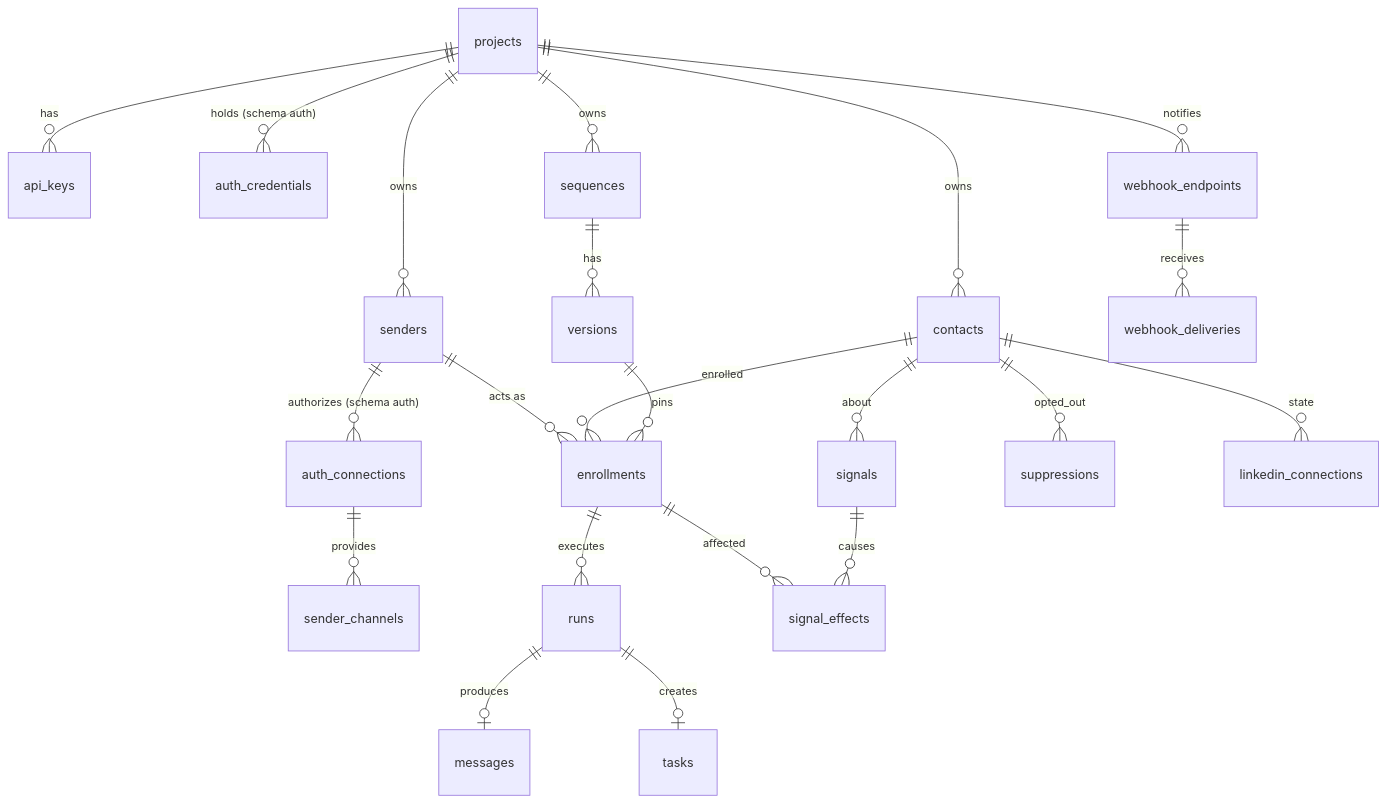
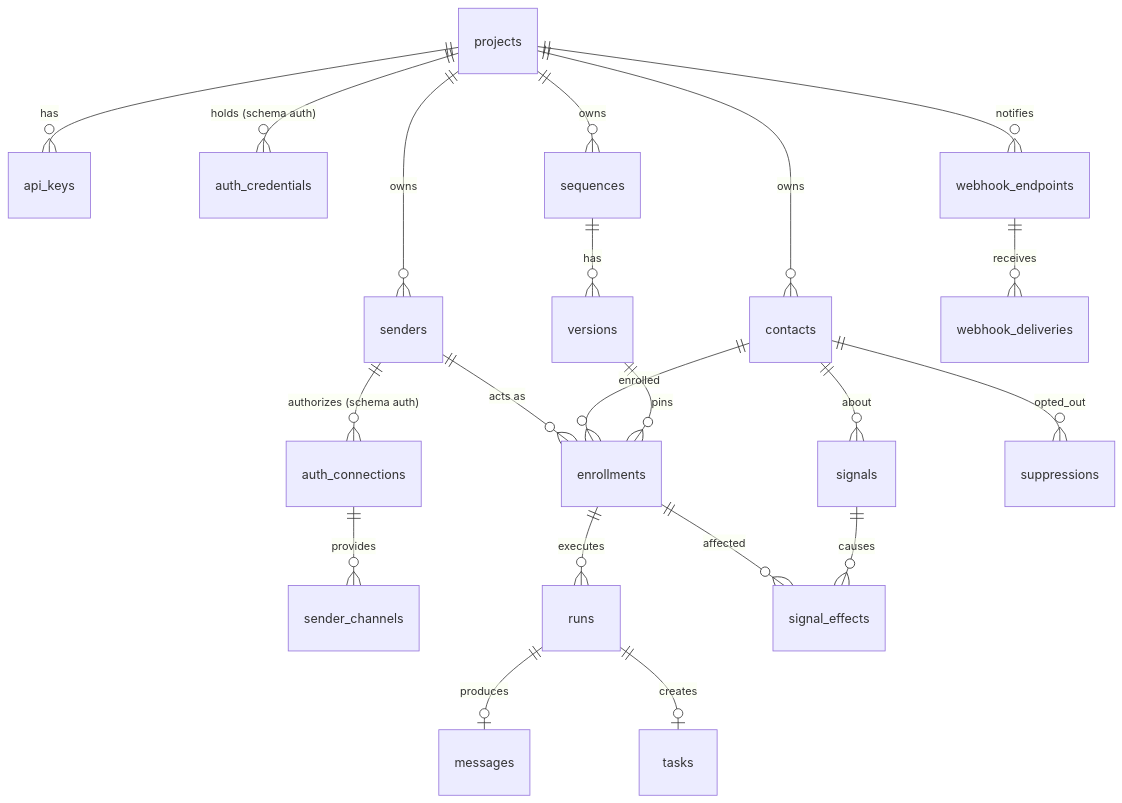
The fifth of 12 diagrams in docs/ARCHITECTURE.md (lguerberg/open-sequence), drawn with Mermaid before and after one commit. The commit also changed other lines of this file, not shown here.

Commit message:
Architecture: drop LinkedIn from the design document

````diff
--- a/docs/ARCHITECTURE.md
+++ b/docs/ARCHITECTURE.md
@@ -368,24 +368,23 @@
 ```mermaid
 erDiagram
   projects ||--o{ api_keys : has
   projects ||--o{ auth_credentials : "holds (schema auth)"
   projects ||--o{ webhook_endpoints : notifies
   projects ||--o{ senders : owns
   projects ||--o{ contacts : owns
   projects ||--o{ sequences : owns
   senders ||--o{ auth_connections : "authorizes (schema auth)"
   auth_connections ||--o{ sender_channels : provides
   sequences ||--o{ versions : has
   versions ||--o{ enrollments : pins
   contacts ||--o{ enrollments : enrolled
   senders ||--o{ enrollments : "acts as"
   enrollments ||--o{ runs : executes
   runs ||--o| messages : produces
   runs ||--o| tasks : creates
   contacts ||--o{ signals : about
   signals ||--o{ signal_effects : causes
   enrollments ||--o{ signal_effects : affected
   contacts ||--o{ suppressions : opted_out
-  contacts ||--o{ linkedin_connections : state
   webhook_endpoints ||--o{ webhook_deliveries : receives
 ```
````
